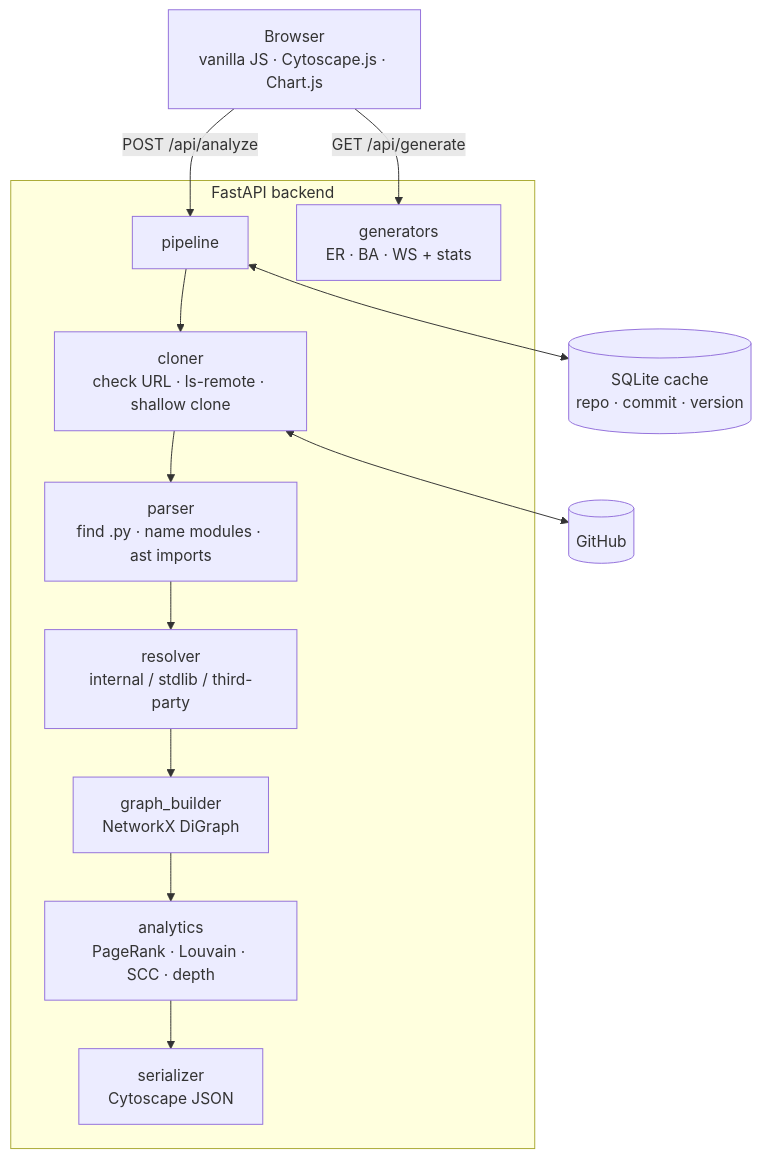
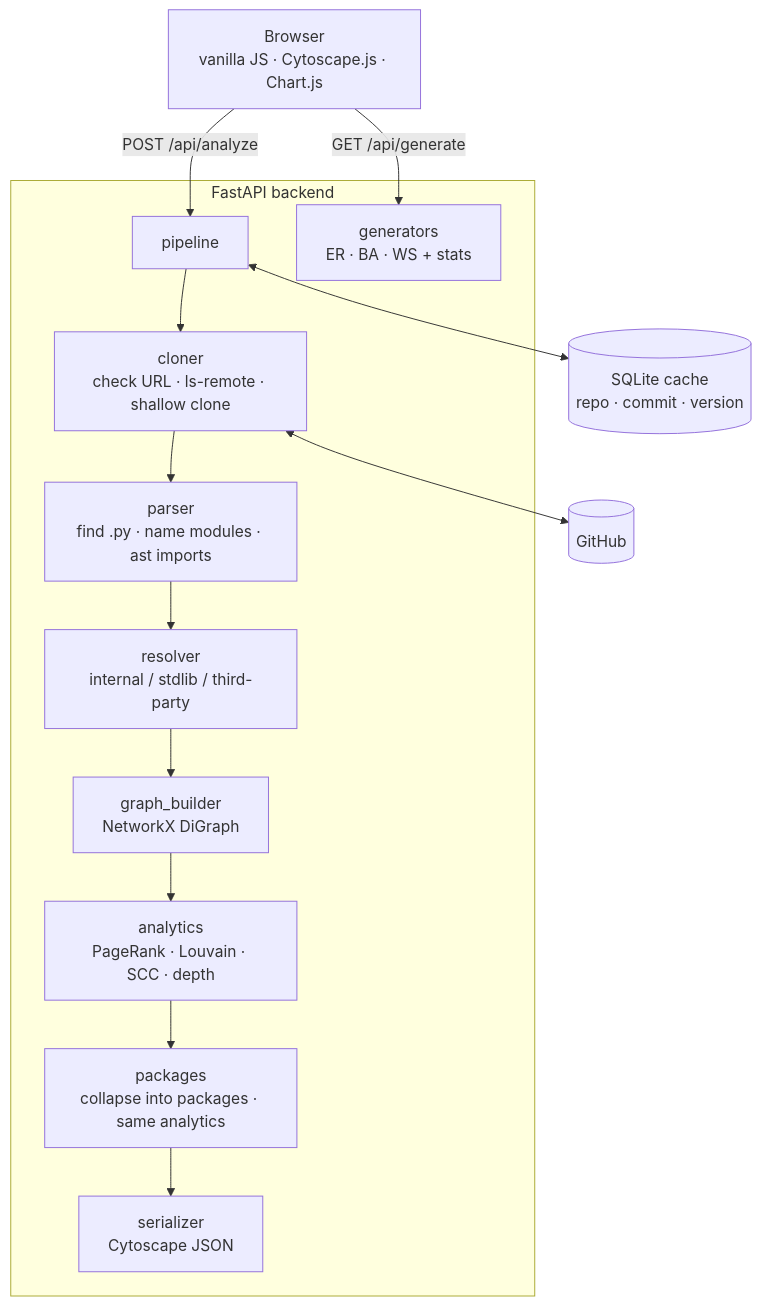
Before and after one commit to Vivansh-07/RepoAtlas: the diagram in README.md, drawn with Mermaid. The commit also changed other lines of this file and 9 other files, not shown here.

First line of the commit message:
Docs: package view, quotient graphs and refreshed screenshots

````diff
--- a/README.md
+++ b/README.md
@@ -90,16 +97,17 @@
 ```mermaid
 flowchart TB
     B["Browser<br/>vanilla JS · Cytoscape.js · Chart.js"] -->|"POST /api/analyze"| P
     B -->|"GET /api/generate"| GEN
     subgraph S["FastAPI backend"]
         P["pipeline"] --> CL["cloner<br/>check URL · ls-remote · shallow clone"]
         CL --> PA["parser<br/>find .py · name modules · ast imports"]
         PA --> RE["resolver<br/>internal / stdlib / third-party"]
         RE --> GB["graph_builder<br/>NetworkX DiGraph"]
         GB --> AN["analytics<br/>PageRank · Louvain · SCC · depth"]
-        AN --> SE["serializer<br/>Cytoscape JSON"]
+        AN --> PK["packages<br/>collapse into packages · same analytics"]
+        PK --> SE["serializer<br/>Cytoscape JSON"]
         GEN["generators<br/>ER · BA · WS + stats"]
     end
     P <--> DB[("SQLite cache<br/>repo · commit · version")]
     CL <--> GH[("GitHub")]
 ```
````
